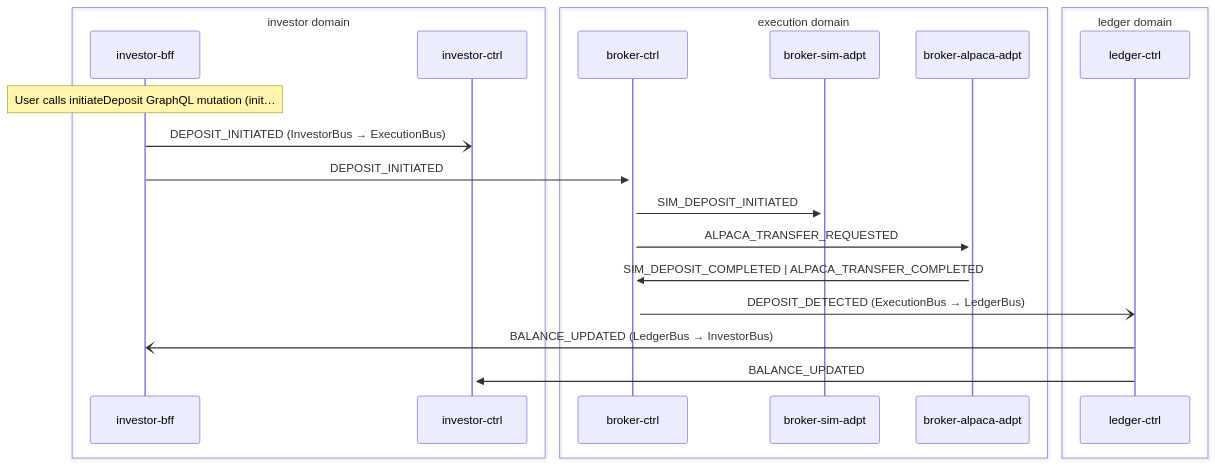
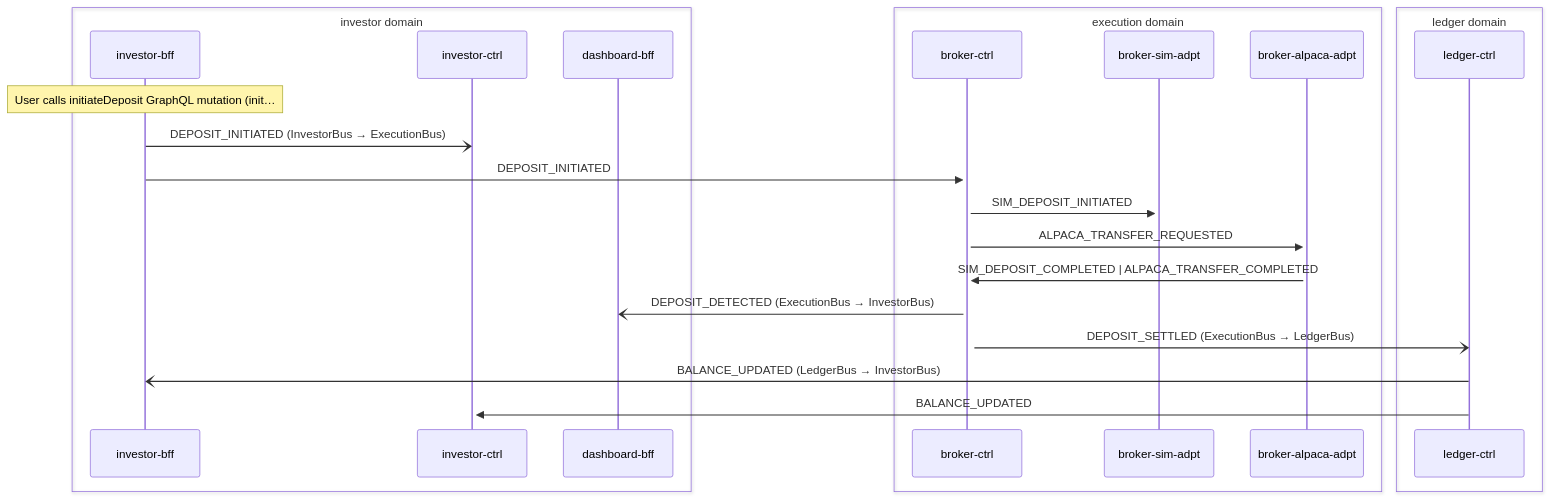
Before and after one commit to fabio-vitali/nestfolio: the second of 2 diagrams in docs/data-flows/deposit.md, drawn with Mermaid. The commit also changed other lines of this file and 25 other files, not shown here.

First line of the commit message:
docs(data-flows): sync flow specs to code + harden generator

````diff
--- a/docs/data-flows/deposit.md
+++ b/docs/data-flows/deposit.md
@@ -36,24 +38,26 @@
 ```mermaid
 sequenceDiagram
     box investor domain
         participant investor_bff as investor-bff
         participant investor_ctrl as investor-ctrl
+        participant dashboard_bff as dashboard-bff
     end
     box execution domain
         participant broker_ctrl as broker-ctrl
         participant broker_sim_adpt as broker-sim-adpt
         participant broker_alpaca_adpt as broker-alpaca-adpt
     end
     box ledger domain
         participant ledger_ctrl as ledger-ctrl
     end
     Note over investor_bff: User calls initiateDeposit GraphQL mutation (init…
     investor_bff-)investor_ctrl: DEPOSIT_INITIATED (InvestorBus → ExecutionBus)
     investor_bff->>+broker_ctrl: DEPOSIT_INITIATED
     broker_ctrl->>+broker_sim_adpt: SIM_DEPOSIT_INITIATED
     broker_ctrl->>+broker_alpaca_adpt: ALPACA_TRANSFER_REQUESTED
     broker_alpaca_adpt->>+broker_ctrl: SIM_DEPOSIT_COMPLETED | ALPACA_TRANSFER_COMPLETED
-    broker_ctrl-)ledger_ctrl: DEPOSIT_DETECTED (ExecutionBus → LedgerBus)
+    broker_ctrl-)dashboard_bff: DEPOSIT_DETECTED (ExecutionBus → InvestorBus)
+    broker_ctrl-)ledger_ctrl: DEPOSIT_SETTLED (ExecutionBus → LedgerBus)
     ledger_ctrl-)investor_bff: BALANCE_UPDATED (LedgerBus → InvestorBus)
     ledger_ctrl->>+investor_ctrl: BALANCE_UPDATED
 ```
````
